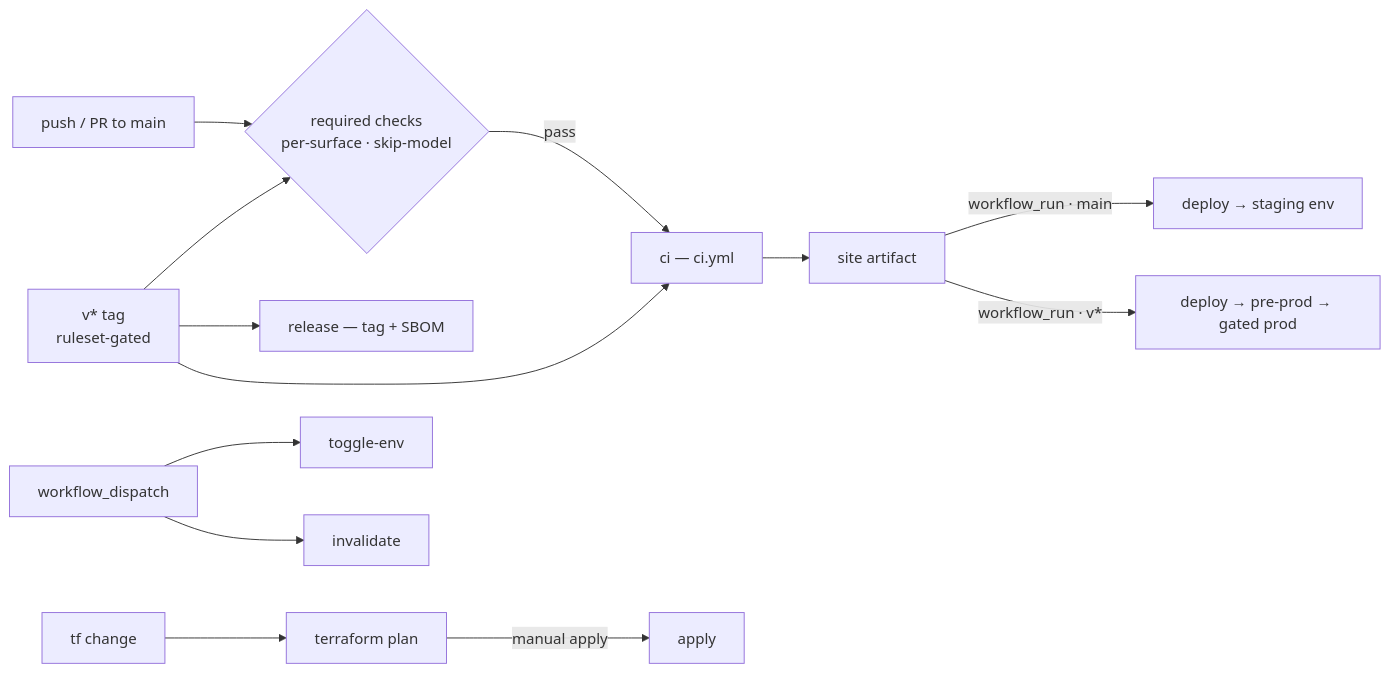
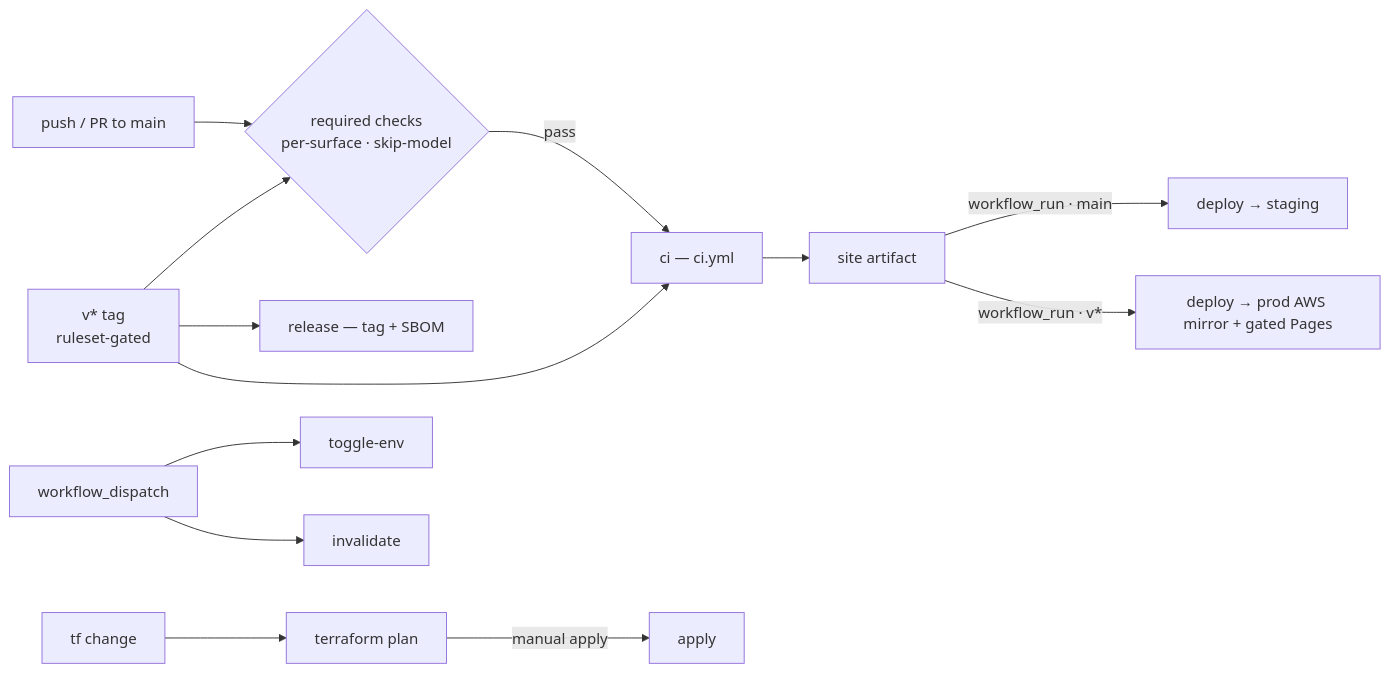
Before and after one commit to mathewmusango/my-portfolio: the fourth of 4 diagrams in README.md, drawn with Mermaid. The commit also changed other lines of this file and 14 other files, not shown here.

First line of the commit message:
ci: one deploy workflow for staging + prod, and pre-prod is prod (#57)

````diff
--- a/README.md
+++ b/README.md
@@ -142,13 +142,13 @@
 ```mermaid
 flowchart LR
     M[push / PR to main] --> C{required checks<br/>per-surface · skip-model}
     V[v* tag<br/>ruleset-gated] --> C
     C -->|pass| B[ci — ci.yml]
     V --> B
     B --> A[site artifact]
-    A -->|workflow_run · main| S[deploy → staging env]
-    A -->|workflow_run · v*| P[deploy → pre-prod → gated prod]
+    A -->|workflow_run · main| S[deploy → staging]
+    A -->|workflow_run · v*| P[deploy → prod AWS mirror + gated Pages]
     V --> R[release — tag + SBOM]
     T[tf change] --> TP[terraform plan] -->|manual apply| AP[apply]
     X[workflow_dispatch] --> TG[toggle-env] & INV[invalidate]
 ```
````
